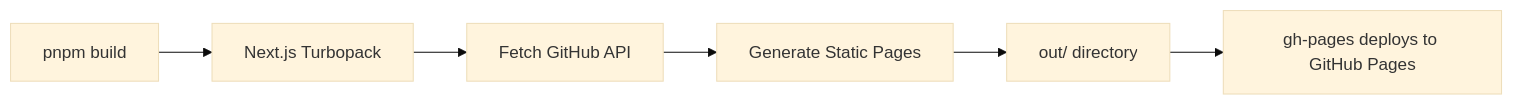
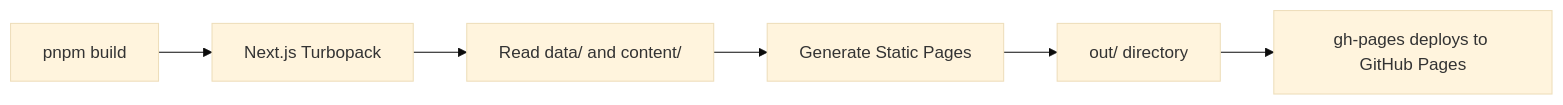
One commit to AmrElshabrawyDev/amrelshabrawydev.github.io changed the diagram in README.md. Above: the diagram before and after it, drawn with Mermaid (base theme). The commit also changed other lines of this file and 66 other files, not shown here.

First line of the commit message:
feat: curated projects with real screenshots and PageSpeed scores; drop GitHub sync

````diff
--- a/README.md
+++ b/README.md
@@ -161,8 +162,8 @@
 ```mermaid
 graph LR
     A[pnpm build] --> B[Next.js Turbopack]
-    B --> C[Fetch GitHub API]
+    B --> C[Read data/ and content/]
     C --> D[Generate Static Pages]
     D --> E[out/ directory]
     E --> F[gh-pages deploys to GitHub Pages]
 ```
````
